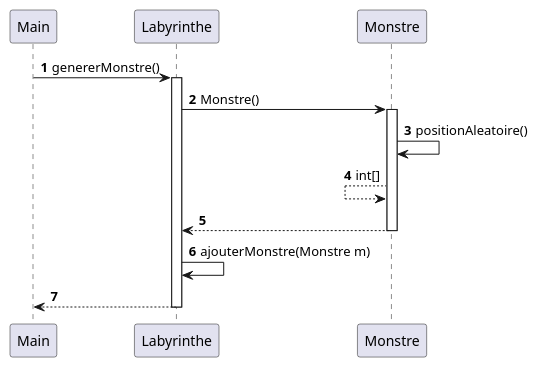
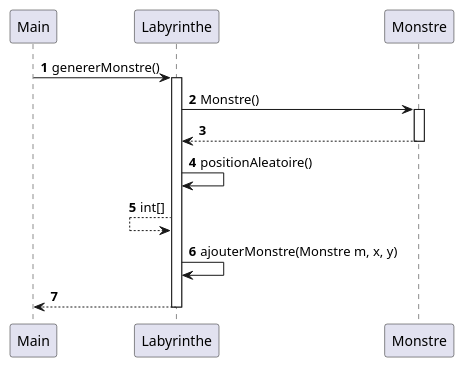
Before and after one commit to crochetremi/2025_Zeldiablo_e20157u_e82008u_e89209u_e26078u: the diagram in documents/GenerationMonstreImmobiles.puml, drawn with PlantUML. The commit also changed 1 other file, not shown here.

```diff
--- a/documents/GenerationMonstreImmobiles.puml
+++ b/documents/GenerationMonstreImmobiles.puml
@@ -1,28 +1,28 @@
 @startuml
 'https://plantuml.com/sequence-diagram
 
 autonumber
 
 Main -> Labyrinthe: genererMonstre()
 activate Labyrinthe
 
 Labyrinthe -> Monstre: Monstre()
 activate Monstre
-
-
-Monstre -> Monstre: positionAleatoire()
-Monstre <-- Monstre: int[]
-
-
 Labyrinthe <-- Monstre
 deactivate Monstre
 
-Labyrinthe -> Labyrinthe: ajouterMonstre(Monstre m)
+Labyrinthe -> Labyrinthe: positionAleatoire()
+Labyrinthe <-- Labyrinthe: int[]
+
+
+
+
+Labyrinthe -> Labyrinthe: ajouterMonstre(Monstre m, x, y)
 
 Main <-- Labyrinthe
 deactivate Labyrinthe
 
 
 
 
 @enduml
```
